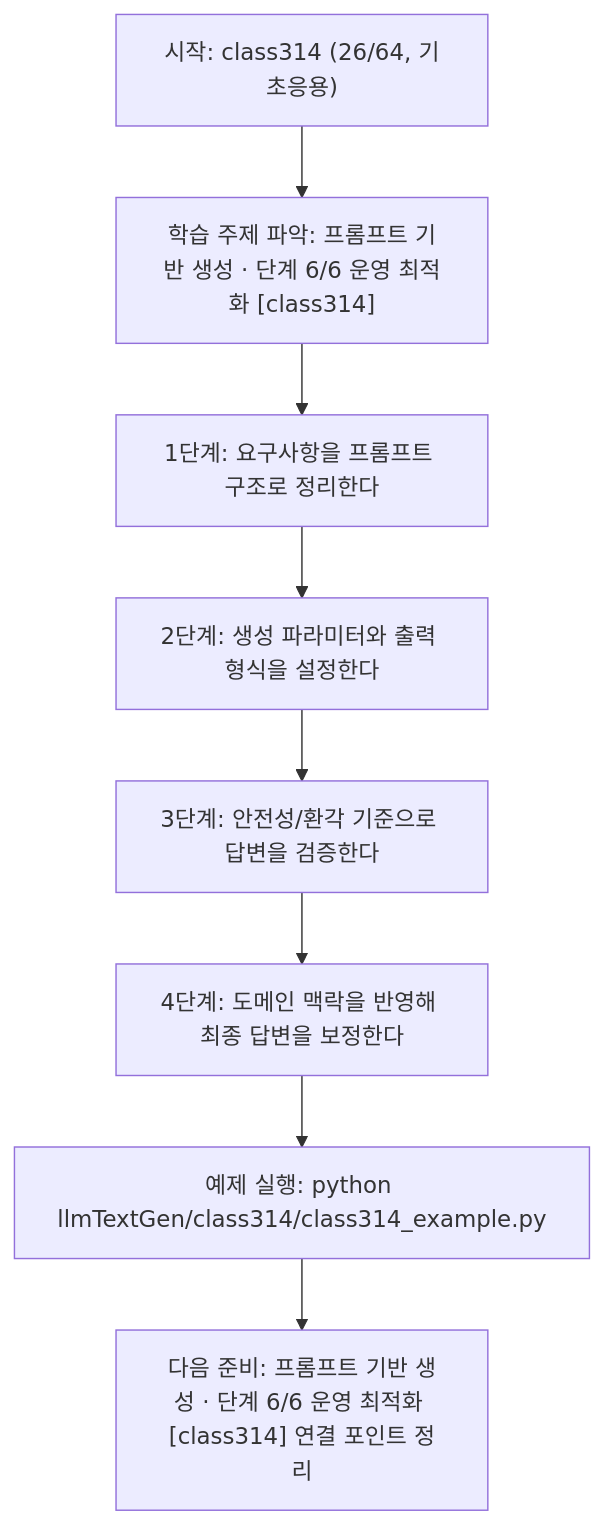
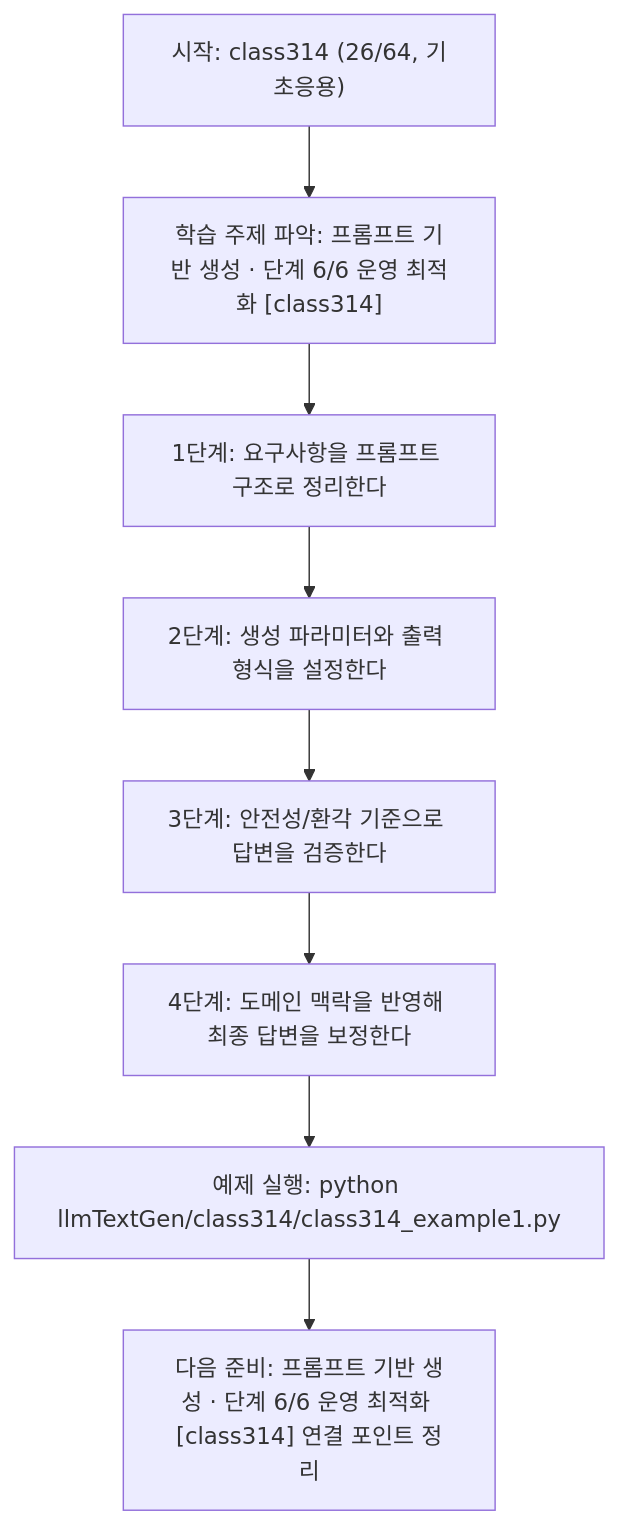
The diagram in llmTextGen/class314/class314.md (edumgt/Python-AI_Agent-Class), drawn with Mermaid before and after one commit. The commit also changed other lines of this file and 2959 other files, not shown here.

````diff
--- a/llmTextGen/class314/class314.md
+++ b/llmTextGen/class314/class314.md
@@ -114,18 +114,18 @@
 ```mermaid
 flowchart TD
 N1["시작: class314 (26/64, 기초응용)"]
 N2["학습 주제 파악: 프롬프트 기반 생성 · 단계 6/6 운영 최적화 [class314]"]
 N3["1단계: 요구사항을 프롬프트 구조로 정리한다"]
 N4["2단계: 생성 파라미터와 출력 형식을 설정한다"]
 N5["3단계: 안전성/환각 기준으로 답변을 검증한다"]
 N6["4단계: 도메인 맥락을 반영해 최종 답변을 보정한다"]
-N7["예제 실행: python llmTextGen/class314/class314_example.py"]
+N7["예제 실행: python llmTextGen/class314/class314_example1.py"]
 N8["다음 준비: 프롬프트 기반 생성 · 단계 6/6 운영 최적화 [class314] 연결 포인트 정리"]
 N1 --> N2
 N2 --> N3
 N3 --> N4
 N4 --> N5
 N5 --> N6
 N6 --> N7
 N7 --> N8
 ```
````
